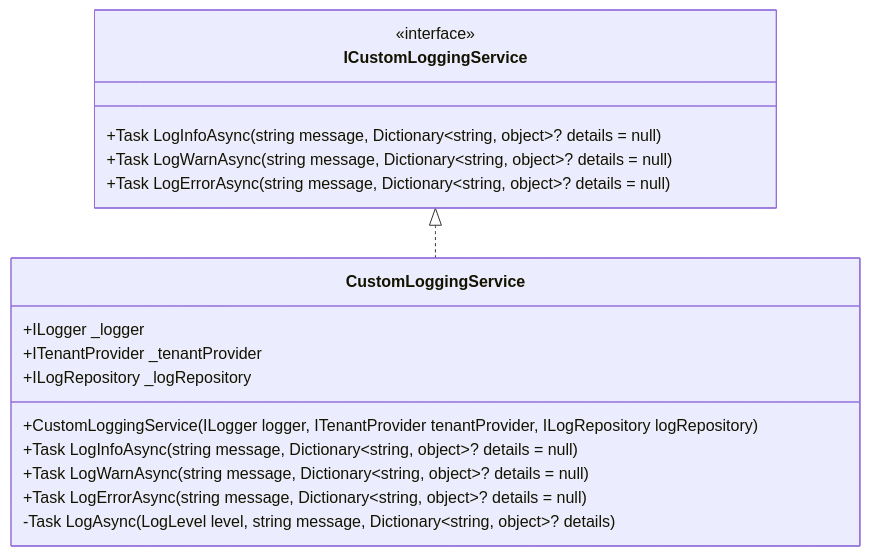
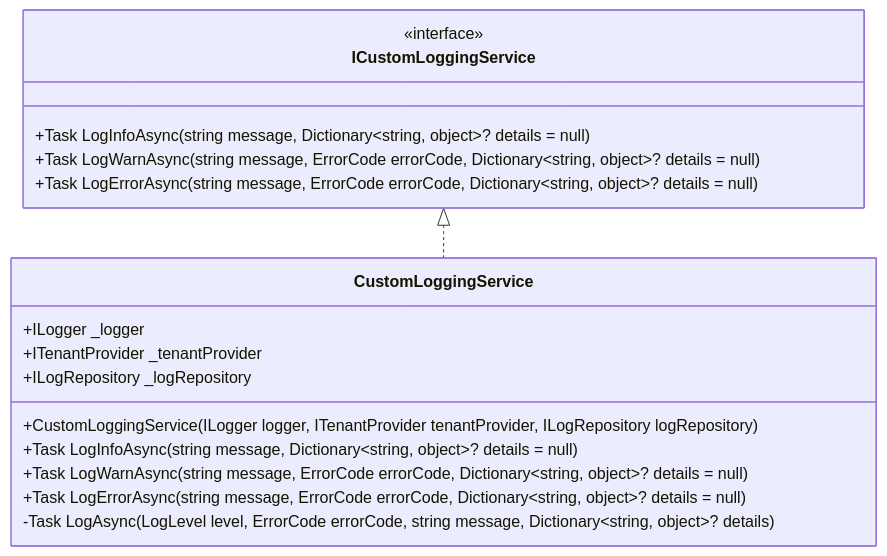
One commit to MrWangpeilin945/FlutterIOS changed the first of 2 diagrams in Documents/アーキテクチャ設計書/src/docs/3_3_バックエンド.adoc. Above: the diagram before and after it, drawn with Mermaid. The commit also changed other lines of this file, not shown here.

```diff
--- a/Documents/アーキテクチャ設計書/src/docs/3_3_バックエンド.adoc
+++ b/Documents/アーキテクチャ設計書/src/docs/3_3_バックエンド.adoc
@@ -286,23 +317,23 @@
 [mermaid,ICustomLoggingService-cd,png]
 ----
 classDiagram
 class ICustomLoggingService {
     <<interface>>
     +Task LogInfoAsync(string message, Dictionary~string, object~? details = null)
-    +Task LogWarnAsync(string message, Dictionary~string, object~? details = null)
-    +Task LogErrorAsync(string message, Dictionary~string, object~? details = null)
+    +Task LogWarnAsync(string message, ErrorCode errorCode, Dictionary~string, object~? details = null)
+    +Task LogErrorAsync(string message, ErrorCode errorCode, Dictionary~string, object~? details = null)
 }
 
 class CustomLoggingService {
     +ILogger<CustomLoggingService> _logger
     +ITenantProvider _tenantProvider
     +ILogRepository _logRepository
     +CustomLoggingService(ILogger<CustomLoggingService> logger, ITenantProvider tenantProvider, ILogRepository logRepository)
     +Task LogInfoAsync(string message, Dictionary~string, object~? details = null)
-    +Task LogWarnAsync(string message, Dictionary~string, object~? details = null)
-    +Task LogErrorAsync(string message, Dictionary~string, object~? details = null)
-    -Task LogAsync(LogLevel level, string message, Dictionary~string, object~? details)
+    +Task LogWarnAsync(string message, ErrorCode errorCode, Dictionary~string, object~? details = null)
+    +Task LogErrorAsync(string message, ErrorCode errorCode, Dictionary~string, object~? details = null)
+    -Task LogAsync(LogLevel level, ErrorCode errorCode, string message, Dictionary~string, object~? details)
 }
 
 ICustomLoggingService <|.. CustomLoggingService
 ----
```
